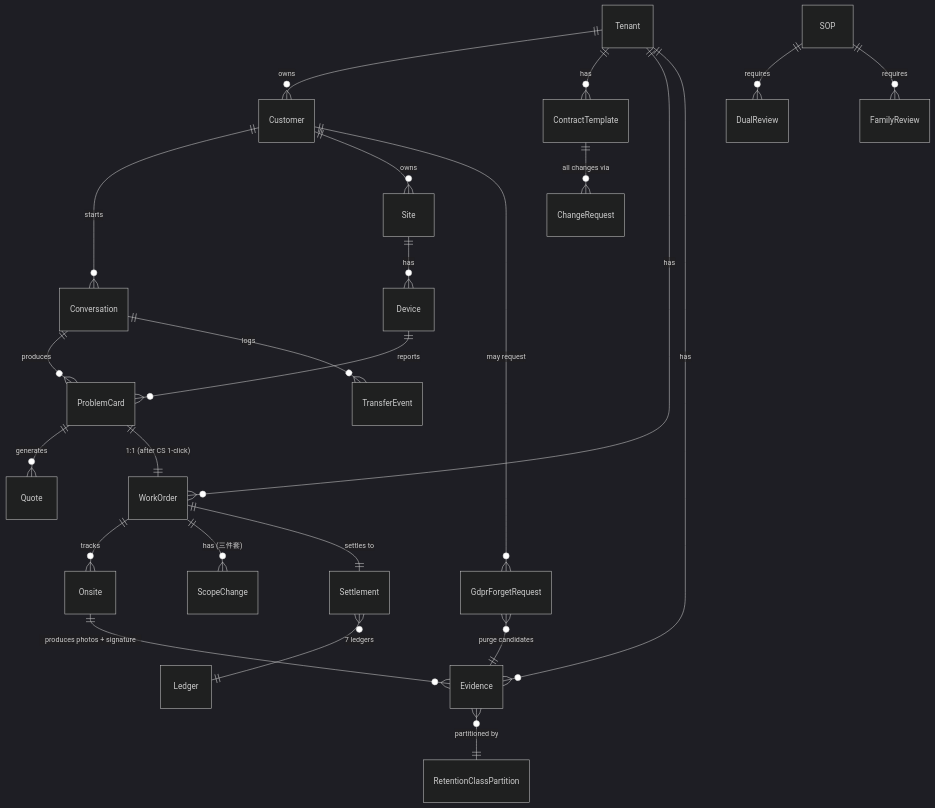
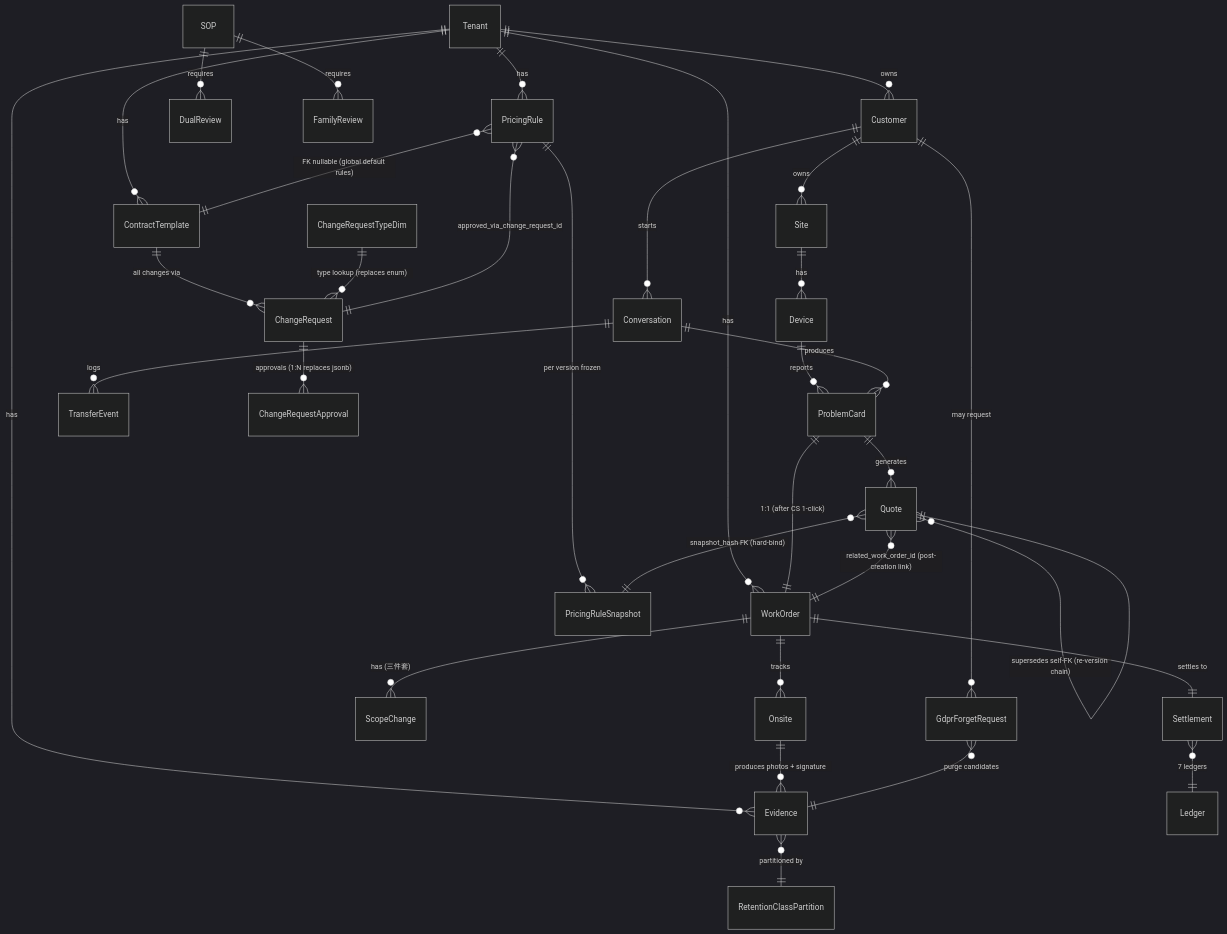
Before and after one commit to Zenobia000/chatlock_dev_docs: the diagram in docs/architecture/data/erd.md, drawn with Mermaid (dark theme). The commit also changed other lines of this file and 11 other files, not shown here.

First line of the commit message:
feat(spec): Forum 2026-05-26-Q01 quote-pricing-engine cascade (v2.2)

````diff
--- a/docs/architecture/data/erd.md
+++ b/docs/architecture/data/erd.md
@@ -30,26 +34,35 @@
 ```mermaid
 erDiagram
     Tenant ||--o{ Customer : owns
     Tenant ||--o{ ContractTemplate : has
     Tenant ||--o{ WorkOrder : has
     Tenant ||--o{ Evidence : has
+    Tenant ||--o{ PricingRule : has
     Customer ||--o{ Conversation : starts
     Customer ||--o{ Site : owns
     Site ||--o{ Device : has
     Device ||--o{ ProblemCard : reports
     Conversation ||--o{ ProblemCard : produces
     Conversation ||--o{ TransferEvent : logs
     ProblemCard ||--o{ Quote : generates
     ProblemCard ||--|| WorkOrder : "1:1 (after CS 1-click)"
     WorkOrder ||--o{ Onsite : tracks
     WorkOrder ||--o{ ScopeChange : "has (三件套)"
     Onsite ||--o{ Evidence : "produces photos + signature"
     WorkOrder ||--|| Settlement : "settles to"
     Settlement }o--|| Ledger : "7 ledgers"
     SOP ||--o{ DualReview : requires
     SOP ||--o{ FamilyReview : requires
     Customer ||--o{ GdprForgetRequest : "may request"
     GdprForgetRequest }o--|| Evidence : "purge candidates"
     ContractTemplate ||--o{ ChangeRequest : "all changes via"
     Evidence }o--|| RetentionClassPartition : "partitioned by"
+    PricingRule ||--o{ PricingRuleSnapshot : "per version frozen"
+    Quote }o--|| PricingRuleSnapshot : "snapshot_hash FK (hard-bind)"
+    PricingRule }o--|| ContractTemplate : "FK nullable (global default rules)"
+    ChangeRequestTypeDim ||--o{ ChangeRequest : "type lookup (replaces enum)"
+    Quote }o--|| Quote : "supersedes self-FK (re-version chain)"
+    Quote }o--|| WorkOrder : "related_work_order_id (post-creation link)"
+    ChangeRequest ||--o{ ChangeRequestApproval : "approvals (1:N replaces jsonb)"
+    PricingRule }o--|| ChangeRequest : "approved_via_change_request_id"
 ```
````
